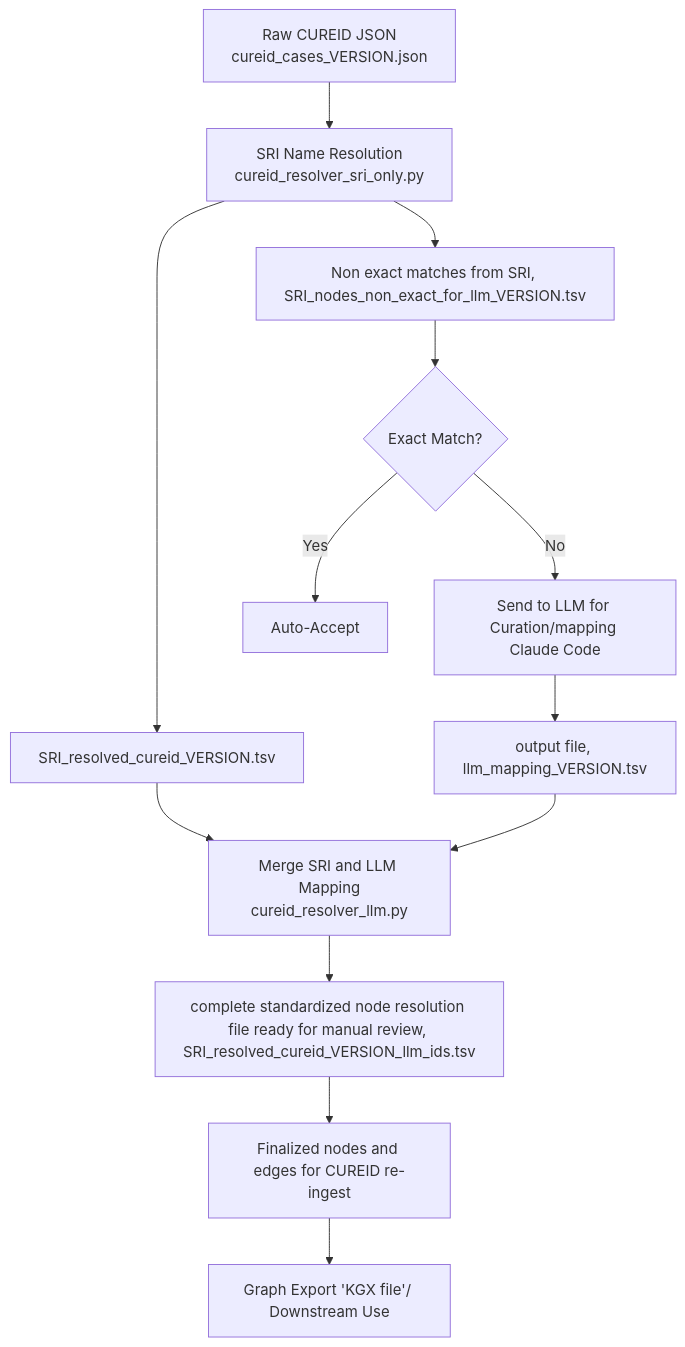
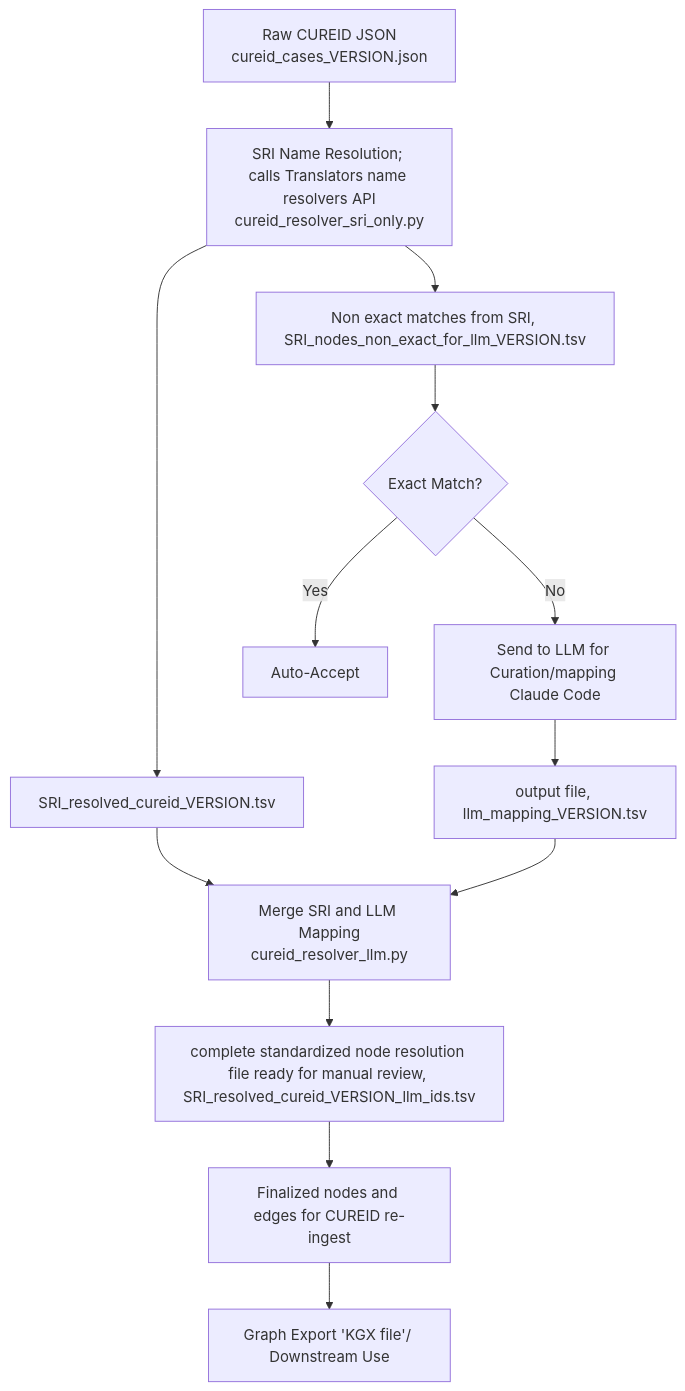
One commit to ncats/IFX_ODIN changed the diagram in entity_resolvers/src/code/ncatsdata/CUREID/PIPELINE_VISUAL.md. Above: the diagram before and after it, drawn with Mermaid.

Commit message:
Enhance documentation for SRI Name Resolution

````diff
--- a/entity_resolvers/src/code/ncatsdata/CUREID/PIPELINE_VISUAL.md
+++ b/entity_resolvers/src/code/ncatsdata/CUREID/PIPELINE_VISUAL.md
@@ -5,21 +5,21 @@
 ```mermaid
 flowchart TD
     A[Raw CUREID JSON<br/>cureid_cases_VERSION.json] --> B
 
-    B[SRI Name Resolution<br/>cureid_resolver_sri_only.py] --> C1[SRI_resolved_cureid_VERSION.tsv]
+    B[SRI Name Resolution; calls Translators name resolvers API<br/>cureid_resolver_sri_only.py] --> C1[SRI_resolved_cureid_VERSION.tsv]
     B --> C2[Non exact matches from SRI, SRI_nodes_non_exact_for_llm_VERSION.tsv]
 
     C2 --> D{Exact Match?}
     D -->|Yes| E1[Auto-Accept]
     D -->|No| E2[Send to LLM for Curation/mapping <br/>Claude Code]
 
     E2 --> F[output file, llm_mapping_VERSION.tsv]
 
     C1 --> G
     F --> G
 
     G[Merge SRI and LLM Mapping<br/>cureid_resolver_llm.py] --> H[complete standardized node resolution file ready for manual review, SRI_resolved_cureid_VERSION_llm_ids.tsv ]
 
     H --> I[Finalized nodes and edges for CUREID re-ingest]
     I --> J[Graph Export 'KGX file'/ Downstream Use]
 ```
````
